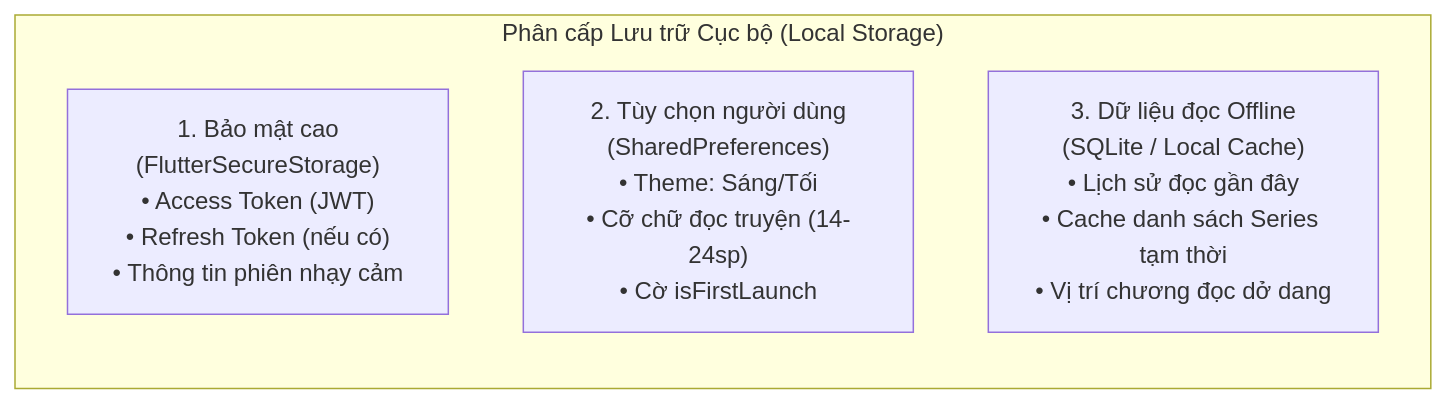
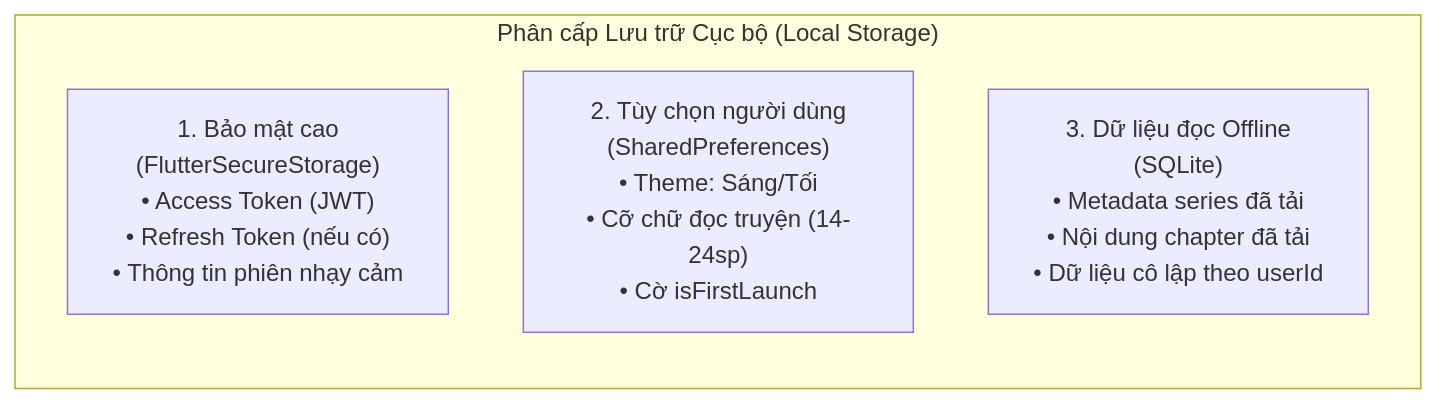
The fourth of 4 diagrams in docs/02-Mobile-Architecture.md (Trunguyen104/joyleebook_mobile), drawn with Mermaid before and after one commit. The commit also changed other lines of this file and 27 other files, not shown here.

````diff
--- a/docs/02-Mobile-Architecture.md
+++ b/docs/02-Mobile-Architecture.md
@@ -171,8 +172,8 @@
 ```mermaid
 graph LR
     subgraph StorageLevels["Phân cấp Lưu trữ Cục bộ (Local Storage)"]
         Level1["1. Bảo mật cao\n(FlutterSecureStorage)\n• Access Token (JWT)\n• Refresh Token (nếu có)\n• Thông tin phiên nhạy cảm"]
         Level2["2. Tùy chọn người dùng\n(SharedPreferences)\n• Theme: Sáng/Tối\n• Cỡ chữ đọc truyện (14-24sp)\n• Cờ isFirstLaunch"]
-        Level3["3. Dữ liệu đọc Offline\n(SQLite / Local Cache)\n• Lịch sử đọc gần đây\n• Cache danh sách Series tạm thời\n• Vị trí chương đọc dở dang"]
+        Level3["3. Dữ liệu đọc Offline\n(SQLite)\n• Metadata series đã tải\n• Nội dung chapter đã tải\n• Dữ liệu cô lập theo userId"]
     end
 ```
````
